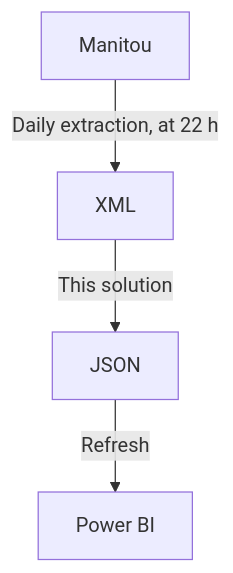
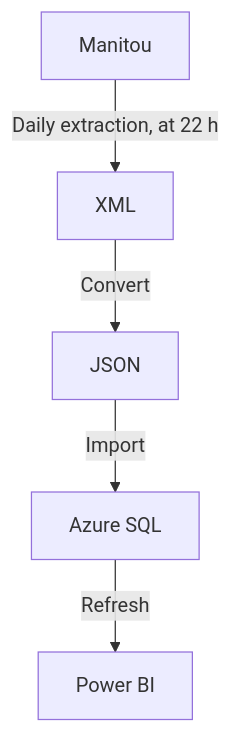
Before and after one commit to Simon-Charest/manitou: the diagram in README.md, drawn with Mermaid. The commit also changed other lines of this file and 10 other files, not shown here.

Commit message:
Adding support for Azure SQL Database

````diff
--- a/README.md
+++ b/README.md
@@ -20,6 +21,7 @@
 ```mermaid
 flowchart TD
     A[Manitou] -- Daily extraction, at 22 h --> B[XML]
-    B[XML] -- This solution --> C[JSON]
-    C[JSON] -- Refresh --> D[Power BI]
+    B[XML] -- Convert --> C[JSON]
+    C[JSON] -- Import --> D[Azure SQL]
+    D[Azure SQL] -- Refresh --> E[Power BI]
 ```
````
